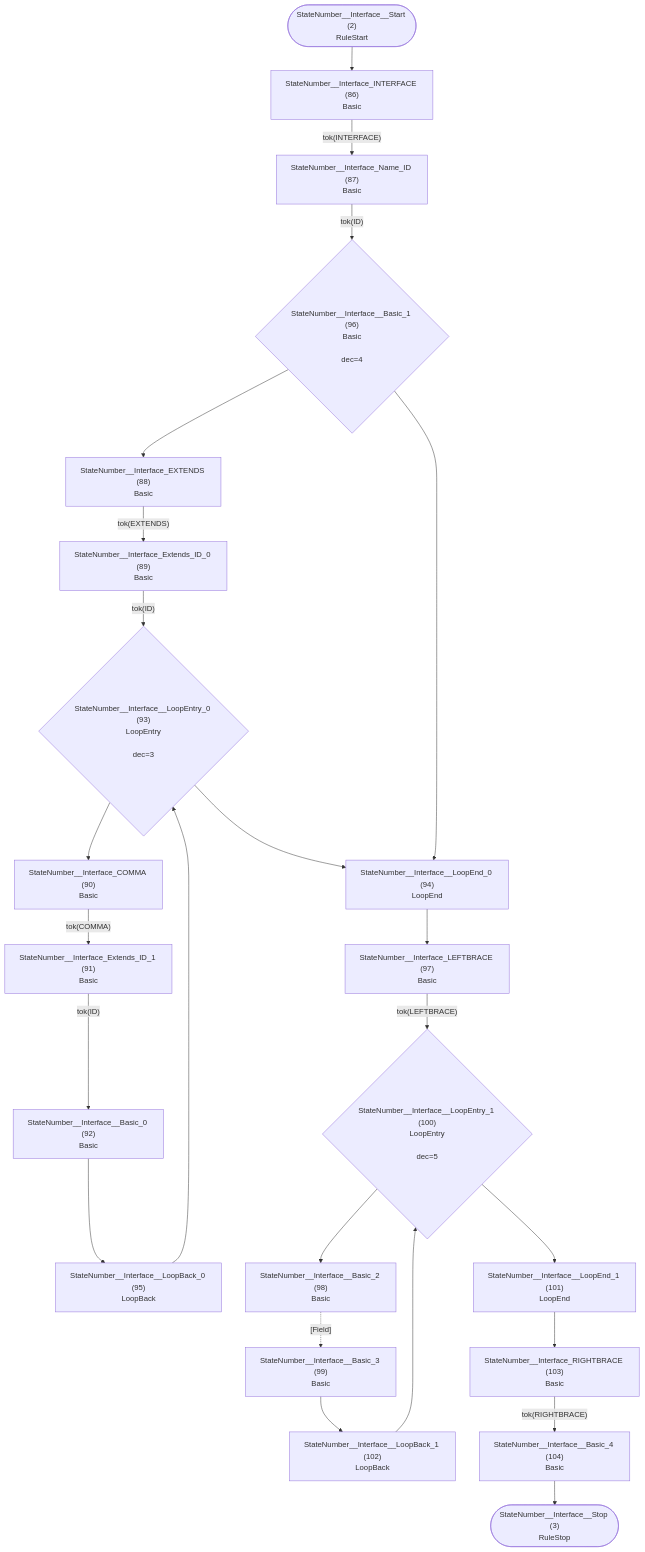
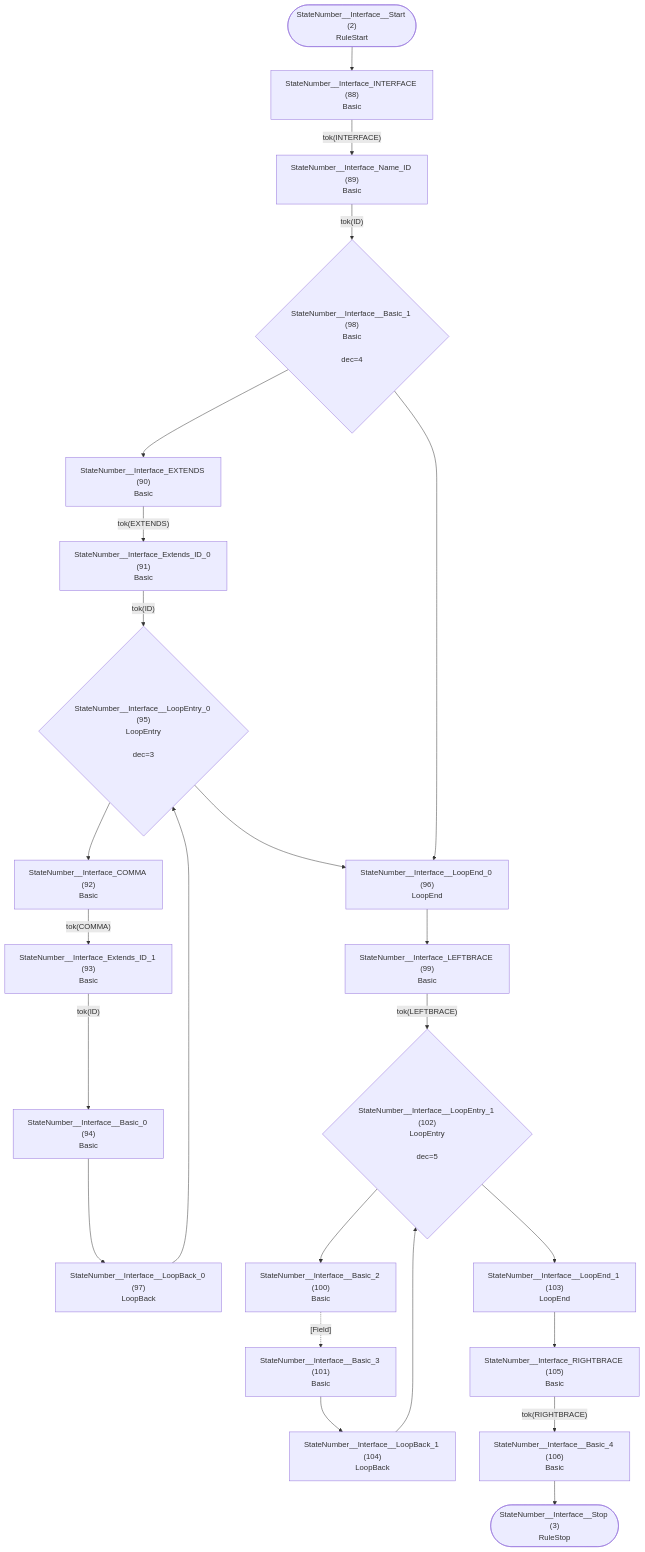
The second of 33 diagrams in internal/grammar/atn.md (TypeFox/fastbelt), drawn with Mermaid before and after one commit. The commit also changed other lines of this file and 6 other files, not shown here.

````diff
--- a/internal/grammar/atn.md
+++ b/internal/grammar/atn.md
@@ -66,48 +66,48 @@
 ```mermaid
 flowchart TD
     q2(["StateNumber__Interface__Start (2)<br/>RuleStart"])
     q3(["StateNumber__Interface__Stop (3)<br/>RuleStop"])
-    q86["StateNumber__Interface_INTERFACE (86)<br/>Basic<br/>"]
-    q87["StateNumber__Interface_Name_ID (87)<br/>Basic<br/>"]
-    q88["StateNumber__Interface_EXTENDS (88)<br/>Basic<br/>"]
-    q89["StateNumber__Interface_Extends_ID_0 (89)<br/>Basic<br/>"]
-    q90["StateNumber__Interface_COMMA (90)<br/>Basic<br/>"]
-    q91["StateNumber__Interface_Extends_ID_1 (91)<br/>Basic<br/>"]
-    q92["StateNumber__Interface__Basic_0 (92)<br/>Basic<br/>"]
-    q93{"StateNumber__Interface__LoopEntry_0 (93)<br/>LoopEntry<br/><br/>dec=3"}
-    q94["StateNumber__Interface__LoopEnd_0 (94)<br/>LoopEnd<br/>"]
-    q95["StateNumber__Interface__LoopBack_0 (95)<br/>LoopBack<br/>"]
-    q96{"StateNumber__Interface__Basic_1 (96)<br/>Basic<br/><br/>dec=4"}
-    q97["StateNumber__Interface_LEFTBRACE (97)<br/>Basic<br/>"]
-    q98["StateNumber__Interface__Basic_2 (98)<br/>Basic<br/>"]
-    q99["StateNumber__Interface__Basic_3 (99)<br/>Basic<br/>"]
-    q100{"StateNumber__Interface__LoopEntry_1 (100)<br/>LoopEntry<br/><br/>dec=5"}
-    q101["StateNumber__Interface__LoopEnd_1 (101)<br/>LoopEnd<br/>"]
-    q102["StateNumber__Interface__LoopBack_1 (102)<br/>LoopBack<br/>"]
-    q103["StateNumber__Interface_RIGHTBRACE (103)<br/>Basic<br/>"]
-    q104["StateNumber__Interface__Basic_4 (104)<br/>Basic<br/>"]
+    q88["StateNumber__Interface_INTERFACE (88)<br/>Basic<br/>"]
+    q89["StateNumber__Interface_Name_ID (89)<br/>Basic<br/>"]
+    q90["StateNumber__Interface_EXTENDS (90)<br/>Basic<br/>"]
+    q91["StateNumber__Interface_Extends_ID_0 (91)<br/>Basic<br/>"]
+    q92["StateNumber__Interface_COMMA (92)<br/>Basic<br/>"]
+    q93["StateNumber__Interface_Extends_ID_1 (93)<br/>Basic<br/>"]
+    q94["StateNumber__Interface__Basic_0 (94)<br/>Basic<br/>"]
+    q95{"StateNumber__Interface__LoopEntry_0 (95)<br/>LoopEntry<br/><br/>dec=3"}
+    q96["StateNumber__Interface__LoopEnd_0 (96)<br/>LoopEnd<br/>"]
+    q97["StateNumber__Interface__LoopBack_0 (97)<br/>LoopBack<br/>"]
+    q98{"StateNumber__Interface__Basic_1 (98)<br/>Basic<br/><br/>dec=4"}
+    q99["StateNumber__Interface_LEFTBRACE (99)<br/>Basic<br/>"]
+    q100["StateNumber__Interface__Basic_2 (100)<br/>Basic<br/>"]
+    q101["StateNumber__Interface__Basic_3 (101)<br/>Basic<br/>"]
+    q102{"StateNumber__Interface__LoopEntry_1 (102)<br/>LoopEntry<br/><br/>dec=5"}
+    q103["StateNumber__Interface__LoopEnd_1 (103)<br/>LoopEnd<br/>"]
+    q104["StateNumber__Interface__LoopBack_1 (104)<br/>LoopBack<br/>"]
+    q105["StateNumber__Interface_RIGHTBRACE (105)<br/>Basic<br/>"]
+    q106["StateNumber__Interface__Basic_4 (106)<br/>Basic<br/>"]
 
-    q2 --> q86
-    q86 -->|"tok(INTERFACE)"| q87
-    q87 -->|"tok(ID)"| q96
-    q88 -->|"tok(EXTENDS)"| q89
-    q89 -->|"tok(ID)"| q93
-    q90 -->|"tok(COMMA)"| q91
-    q91 -->|"tok(ID)"| q92
-    q92 --> q95
-    q93 --> q90
-    q93 --> q94
+    q2 --> q88
+    q88 -->|"tok(INTERFACE)"| q89
+    q89 -->|"tok(ID)"| q98
+    q90 -->|"tok(EXTENDS)"| q91
+    q91 -->|"tok(ID)"| q95
+    q92 -->|"tok(COMMA)"| q93
+    q93 -->|"tok(ID)"| q94
     q94 --> q97
-    q95 --> q93
-    q96 --> q88
-    q96 --> q94
-    q97 -->|"tok(LEFTBRACE)"| q100
-    q98 -.->|"[Field]"| q99
-    q99 --> q102
-    q100 --> q98
-    q100 --> q101
-    q101 --> q103
+    q95 --> q92
+    q95 --> q96
+    q96 --> q99
+    q97 --> q95
+    q98 --> q90
+    q98 --> q96
+    q99 -->|"tok(LEFTBRACE)"| q102
+    q100 -.->|"[Field]"| q101
+    q101 --> q104
     q102 --> q100
-    q103 -->|"tok(RIGHTBRACE)"| q104
-    q104 --> q3
+    q102 --> q103
+    q103 --> q105
+    q104 --> q102
+    q105 -->|"tok(RIGHTBRACE)"| q106
+    q106 --> q3
 ```
````
